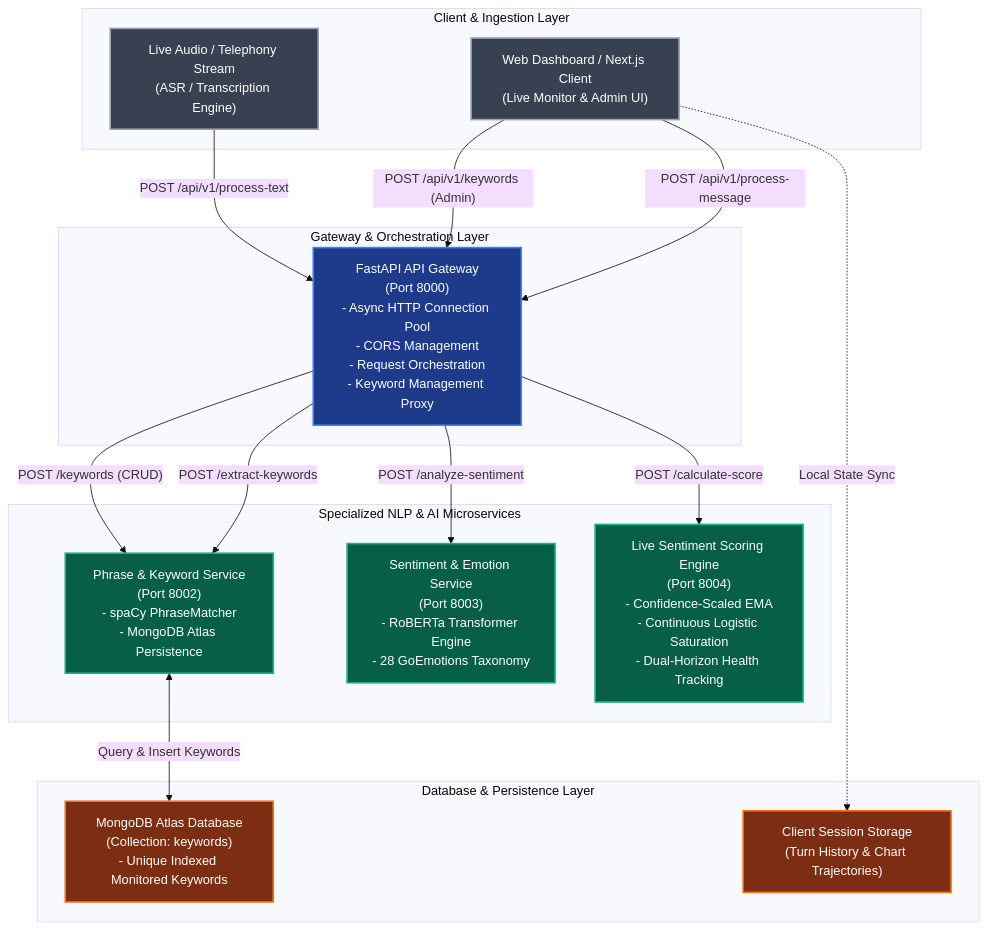
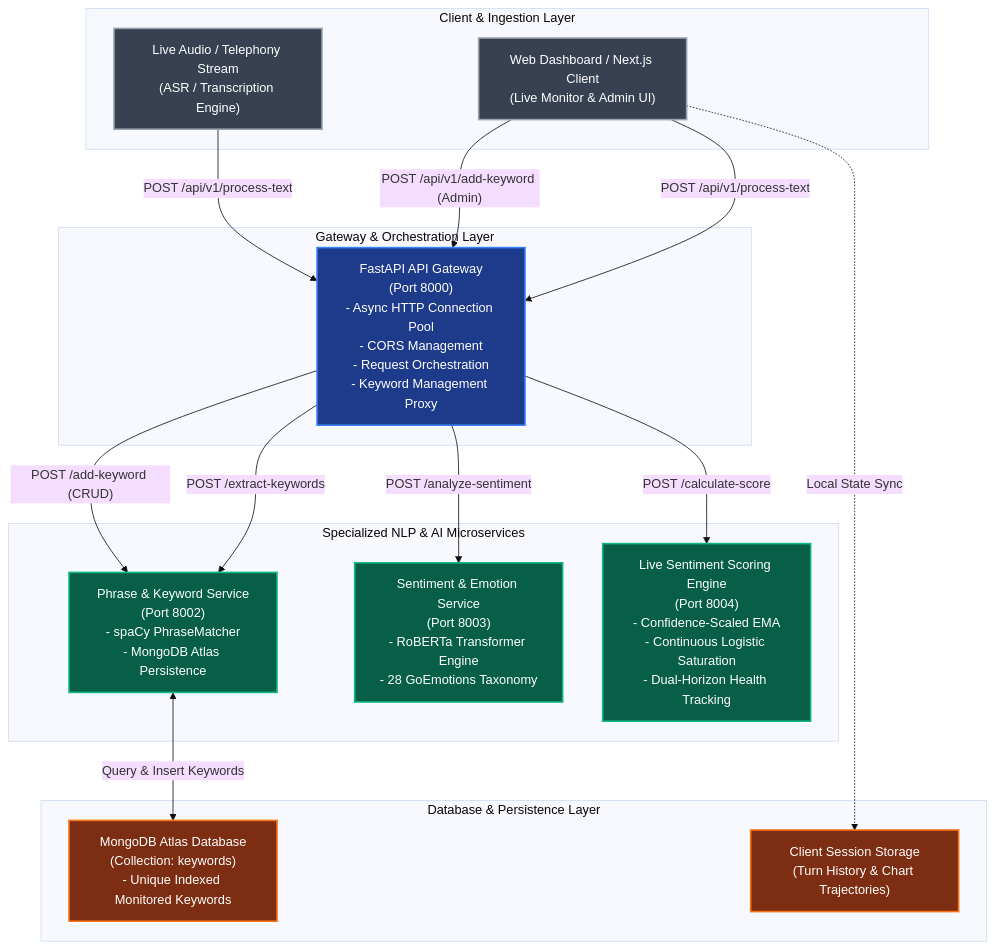
The first of 6 diagrams in architecture.md (Thejandeera/live-call-sentiment), drawn with Mermaid (base theme) before and after one commit. The commit also changed other lines of this file and 7 other files, not shown here.

````diff
--- a/architecture.md
+++ b/architecture.md
@@ -11,43 +11,43 @@
 ```mermaid
 graph TB
     subgraph Client_Layer["Client & Ingestion Layer"]
         Frontend["Web Dashboard / Next.js Client<br/>(Live Monitor & Admin UI)"]
         AudioPipeline["Live Audio / Telephony Stream<br/>(ASR / Transcription Engine)"]
     end
 
     subgraph Gateway_Layer["Gateway & Orchestration Layer"]
         APIGateway["FastAPI API Gateway<br/>(Port 8000)<br/>- Async HTTP Connection Pool<br/>- CORS Management<br/>- Request Orchestration<br/>- Keyword Management Proxy"]
     end
 
     subgraph Microservices_Layer["Specialized NLP & AI Microservices"]
         PhraseService["Phrase & Keyword Service<br/>(Port 8002)<br/>- spaCy PhraseMatcher<br/>- MongoDB Atlas Persistence"]
         SentimentService["Sentiment & Emotion Service<br/>(Port 8003)<br/>- RoBERTa Transformer Engine<br/>- 28 GoEmotions Taxonomy"]
         ScoreService["Live Sentiment Scoring Engine<br/>(Port 8004)<br/>- Confidence-Scaled EMA<br/>- Continuous Logistic Saturation<br/>- Dual-Horizon Health Tracking"]
     end
 
     subgraph Database_Layer["Database & Persistence Layer"]
         MongoDB["MongoDB Atlas Database<br/>(Collection: keywords)<br/>- Unique Indexed Monitored Keywords"]
         BrowserStorage["Client Session Storage<br/>(Turn History & Chart Trajectories)"]
     end
 
     %% Flow Connections
-    Frontend -->|"POST /api/v1/process-message"| APIGateway
-    Frontend -->|"POST /api/v1/keywords (Admin)"| APIGateway
+    Frontend -->|"POST /api/v1/process-text"| APIGateway
+    Frontend -->|"POST /api/v1/add-keyword (Admin)"| APIGateway
     AudioPipeline -->|"POST /api/v1/process-text"| APIGateway
     APIGateway -->|"POST /extract-keywords"| PhraseService
-    APIGateway -->|"POST /keywords (CRUD)"| PhraseService
+    APIGateway -->|"POST /add-keyword (CRUD)"| PhraseService
     APIGateway -->|"POST /analyze-sentiment"| SentimentService
     APIGateway -->|"POST /calculate-score"| ScoreService
     PhraseService <-->|"Query & Insert Keywords"| MongoDB
     Frontend -.->|"Local State Sync"| BrowserStorage
 
     classDef gateway fill:#1e3a8a,stroke:#3b82f6,stroke-width:2px,color:#ffffff;
     classDef service fill:#065f46,stroke:#10b981,stroke-width:2px,color:#ffffff;
     classDef client fill:#374151,stroke:#9ca3af,stroke-width:2px,color:#ffffff;
     classDef external fill:#7c2d12,stroke:#f97316,stroke-width:2px,color:#ffffff;
 
     class APIGateway gateway;
     class PhraseService,SentimentService,ScoreService service;
     class Frontend,AudioPipeline client;
     class MongoDB,BrowserStorage external;
 ```
````
